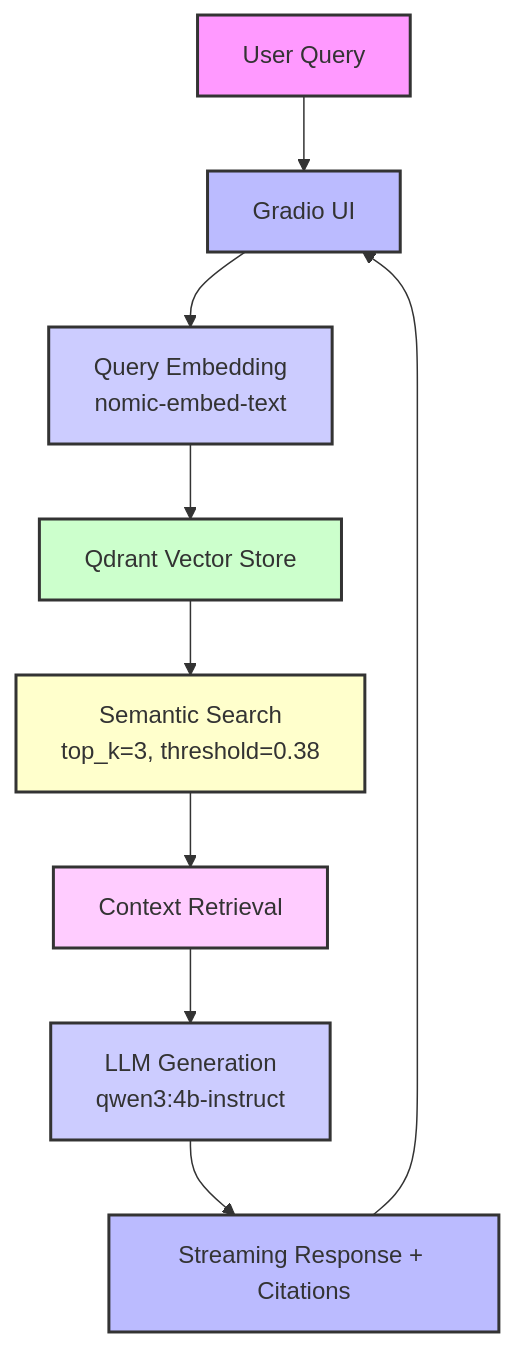
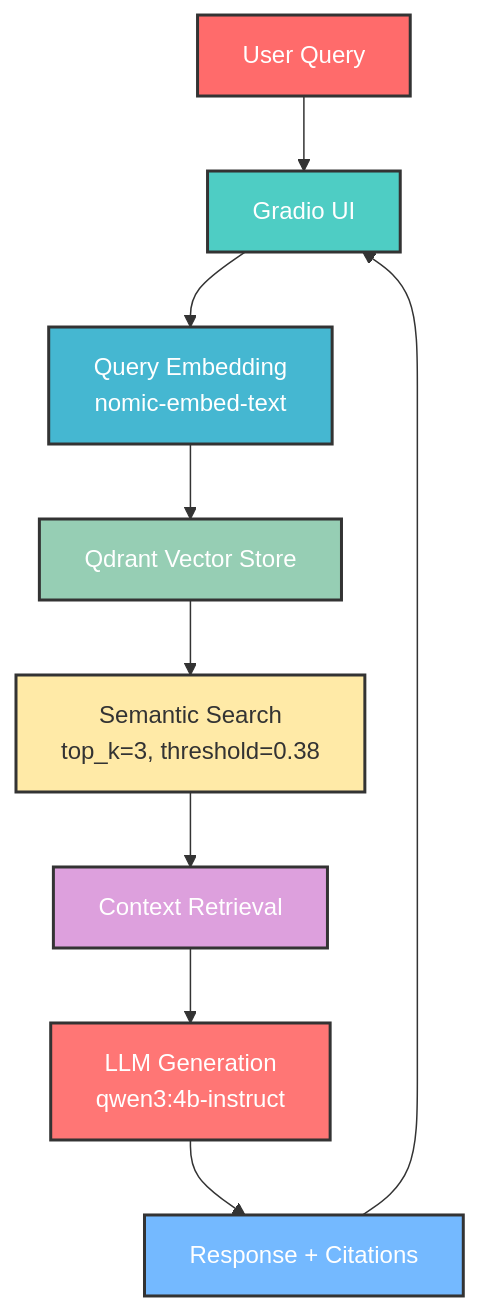
The diagram in mvp_rag/README.md (hamza-roujdami/mvp-to-ai-agent), drawn with Mermaid before and after one commit.

Commit message:
🎨 Add vibrant colors to Architecture diagram in README
✅ Updated Mermaid flowchart with beautiful color scheme
✅ Enhanced visual appeal with distinct colors for each component
✅ Improved readability with proper contrast
✅ Professional appearance matching healthcare theme

````diff
--- a/mvp_rag/README.md
+++ b/mvp_rag/README.md
@@ -14,20 +14,20 @@
 ```mermaid
 flowchart TD
     A[User Query] --> B[Gradio UI]
     B --> C[Query Embedding<br/>nomic-embed-text]
     C --> D[Qdrant Vector Store]
     D --> E[Semantic Search<br/>top_k=3, threshold=0.38]
     E --> F[Context Retrieval]
     F --> G[LLM Generation<br/>qwen3:4b-instruct]
-    G --> H[Streaming Response + Citations]
+    G --> H[Response + Citations]
     H --> B
     
-    style A fill:#f9f,stroke:#333,stroke-width:2px
-    style B fill:#bbf,stroke:#333,stroke-width:2px
-    style C fill:#ccf,stroke:#333,stroke-width:2px
-    style D fill:#cfc,stroke:#333,stroke-width:2px
-    style E fill:#ffc,stroke:#333,stroke-width:2px
-    style F fill:#fcf,stroke:#333,stroke-width:2px
-    style G fill:#ccf,stroke:#333,stroke-width:2px
-    style H fill:#bbf,stroke:#333,stroke-width:2px
+    style A fill:#ff6b6b,stroke:#333,stroke-width:2px,color:#fff
+    style B fill:#4ecdc4,stroke:#333,stroke-width:2px,color:#fff
+    style C fill:#45b7d1,stroke:#333,stroke-width:2px,color:#fff
+    style D fill:#96ceb4,stroke:#333,stroke-width:2px,color:#fff
+    style E fill:#ffeaa7,stroke:#333,stroke-width:2px,color:#333
+    style F fill:#dda0dd,stroke:#333,stroke-width:2px,color:#fff
+    style G fill:#ff7675,stroke:#333,stroke-width:2px,color:#fff
+    style H fill:#74b9ff,stroke:#333,stroke-width:2px,color:#fff
 ```
````
